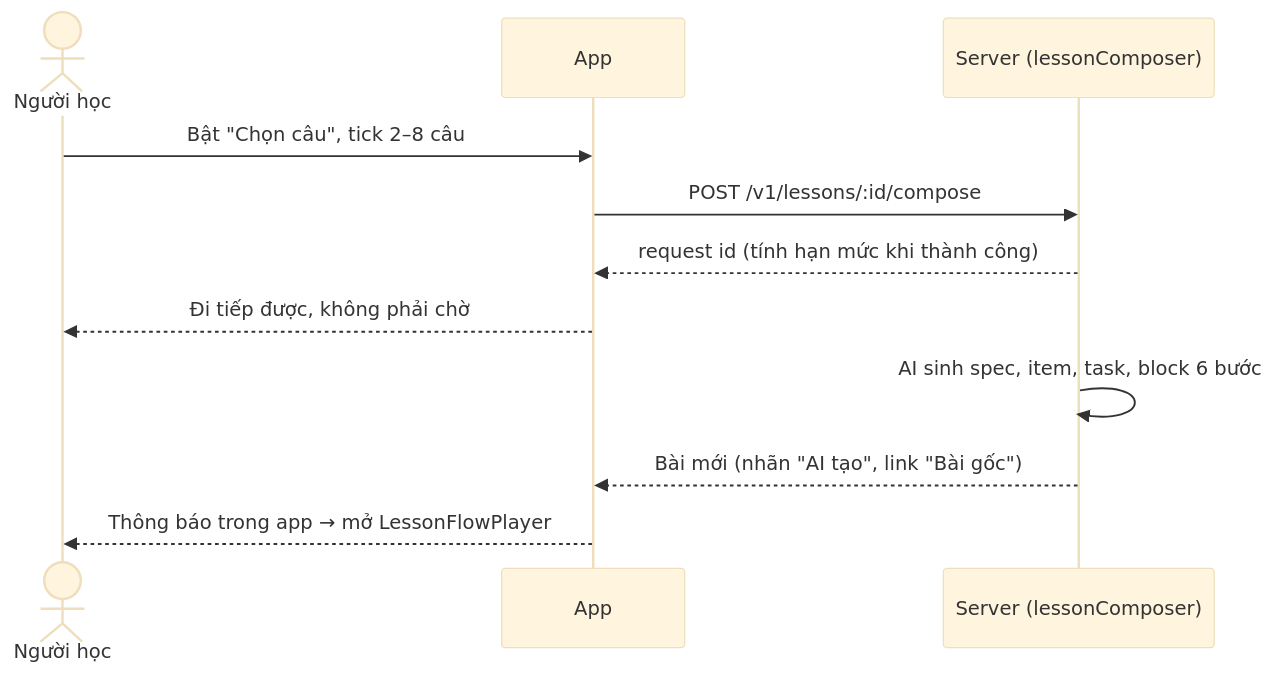
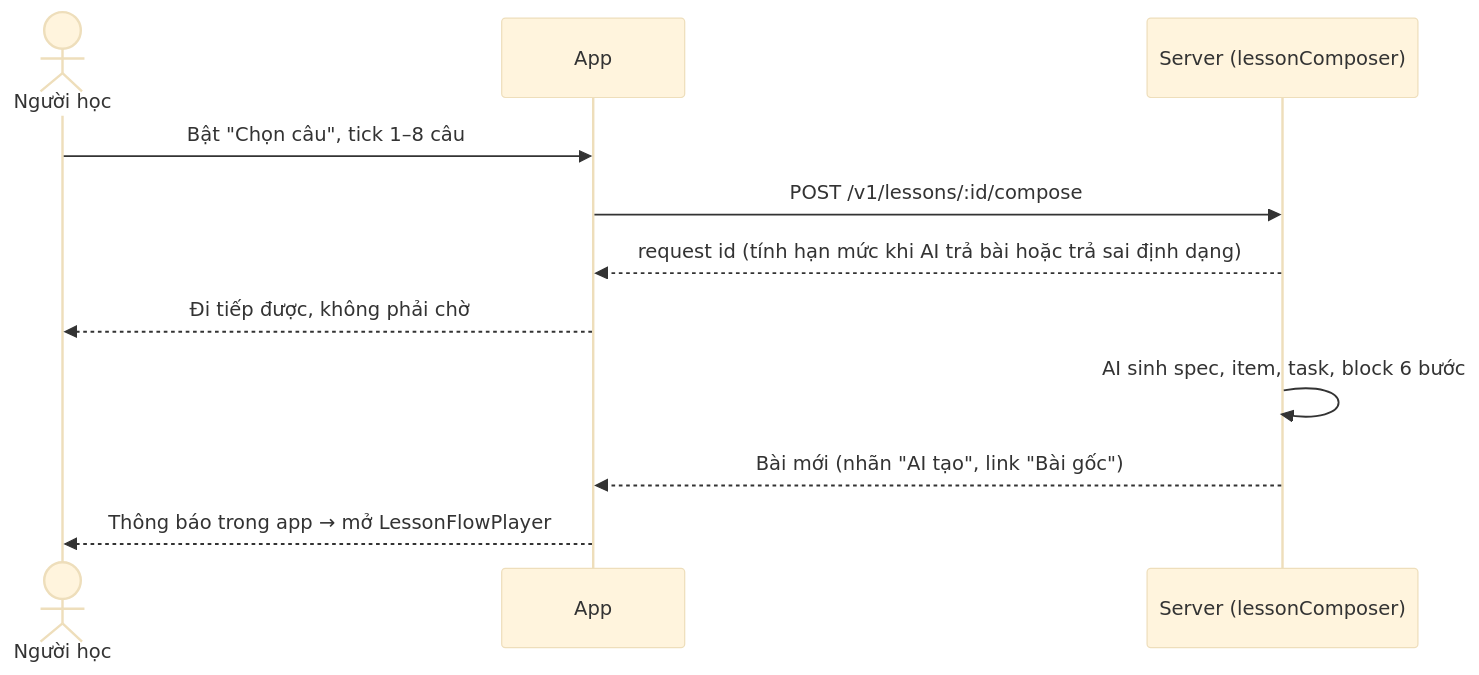
One commit to hnhatr/LingoBites-App changed the seventh of 9 diagrams in docs/architecture/lesson-design.md. Above: the diagram before and after it, drawn with Mermaid (base theme). The commit also changed other lines of this file and 2 other files, not shown here.

````diff
--- a/docs/architecture/lesson-design.md
+++ b/docs/architecture/lesson-design.md
@@ -210,13 +210,13 @@
 ```mermaid
 sequenceDiagram
   actor U as Người học
   participant A as App
   participant S as Server (lessonComposer)
-  U->>A: Bật "Chọn câu", tick 2–8 câu
+  U->>A: Bật "Chọn câu", tick 1–8 câu
   A->>S: POST /v1/lessons/:id/compose
-  S-->>A: request id (tính hạn mức khi thành công)
+  S-->>A: request id (tính hạn mức khi AI trả bài hoặc trả sai định dạng)
   A-->>U: Đi tiếp được, không phải chờ
   S->>S: AI sinh spec, item, task, block 6 bước
   S-->>A: Bài mới (nhãn "AI tạo", link "Bài gốc")
   A-->>U: Thông báo trong app → mở LessonFlowPlayer
 ```
````
